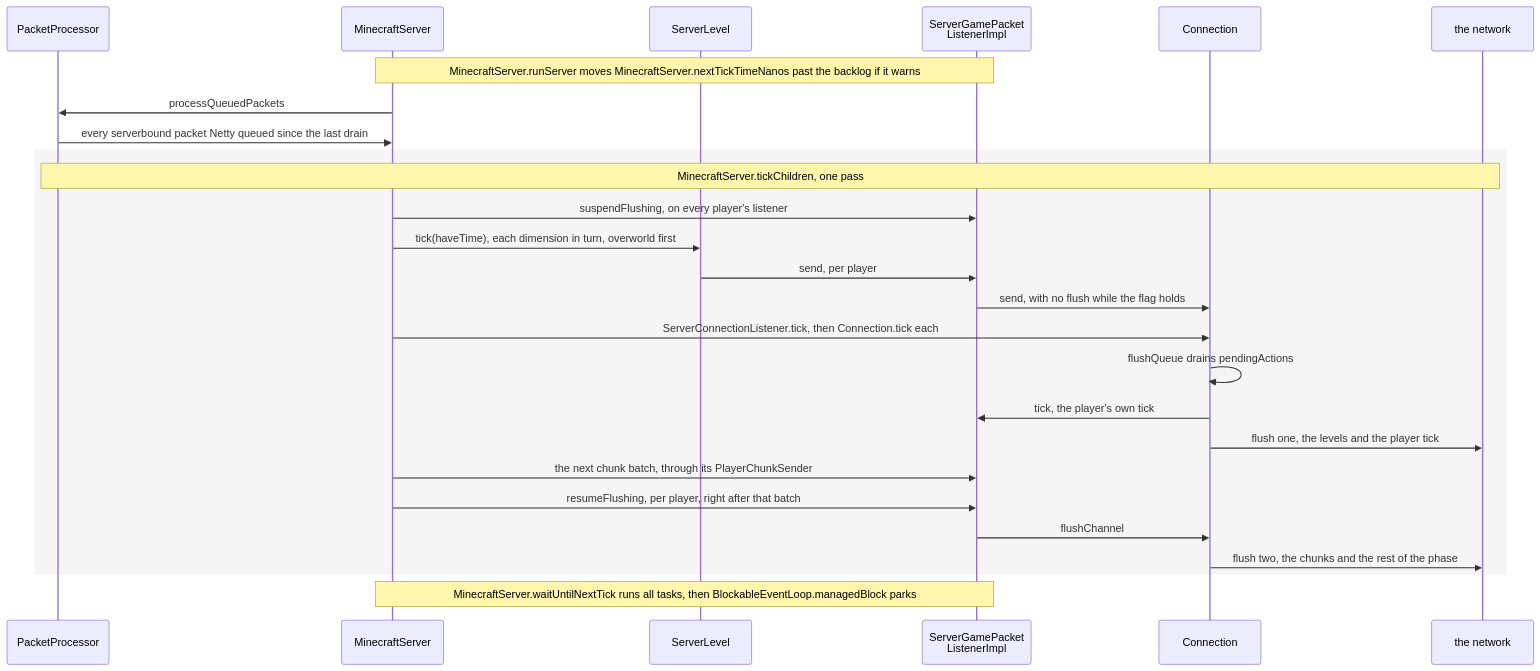
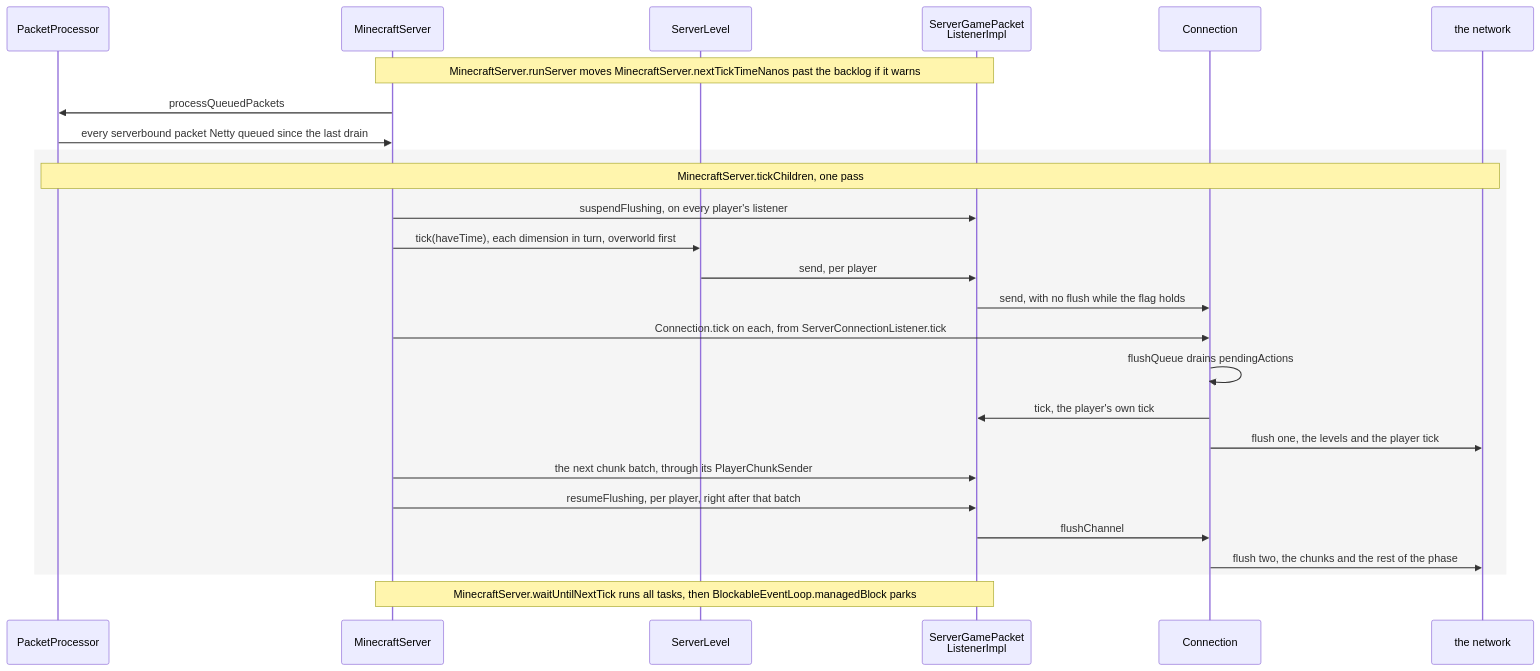
One commit to AlexanderjFraser/MinecraftDocs changed the first of 3 diagrams in src/systems/server/server-tick.md. Above: the diagram before and after it, drawn with Mermaid. The commit also changed 55 other files, not shown here.

First line of the commit message:
pass 7, session O — the close, before K: the figure gate strict, the landing figures read as one set, and one strike in thirty not borne out

````diff
--- a/src/systems/server/server-tick.md
+++ b/src/systems/server/server-tick.md
@@ -37,29 +37,29 @@
 ```mermaid
 sequenceDiagram
     participant PP as PacketProcessor
     participant MS as MinecraftServer
     participant SL as ServerLevel
     participant SGPL as ServerGamePacket<br/>ListenerImpl
     participant Conn as Connection
     participant Wire as the network
 
     Note over MS,SGPL: MinecraftServer.runServer moves MinecraftServer.nextTickTimeNanos past the backlog if it warns
     MS->>PP: processQueuedPackets
     PP->>MS: every serverbound packet Netty queued since the last drain
     rect rgba(0, 0, 0, 0.04)
         Note over PP,Wire: MinecraftServer.tickChildren, one pass
         MS->>SGPL: suspendFlushing, on every player's listener
         MS->>SL: tick(haveTime), each dimension in turn, overworld first
         SL->>SGPL: send, per player
         SGPL->>Conn: send, with no flush while the flag holds
-        MS->>Conn: ServerConnectionListener.tick, then Connection.tick each
+        MS->>Conn: Connection.tick on each, from ServerConnectionListener.tick
         Conn->>Conn: flushQueue drains pendingActions
         Conn->>SGPL: tick, the player's own tick
         Conn->>Wire: flush one, the levels and the player tick
         MS->>SGPL: the next chunk batch, through its PlayerChunkSender
         MS->>SGPL: resumeFlushing, per player, right after that batch
         SGPL->>Conn: flushChannel
         Conn->>Wire: flush two, the chunks and the rest of the phase
     end
     Note over MS,SGPL: MinecraftServer.waitUntilNextTick runs all tasks, then BlockableEventLoop.managedBlock parks
 ```
````
